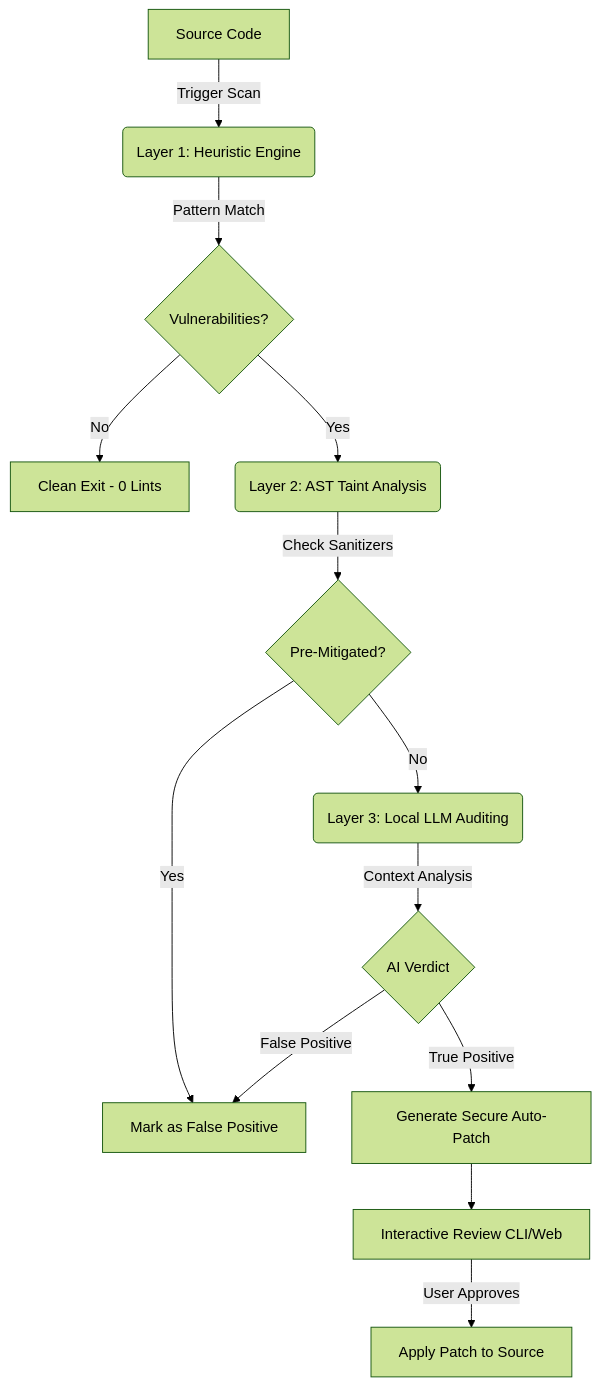
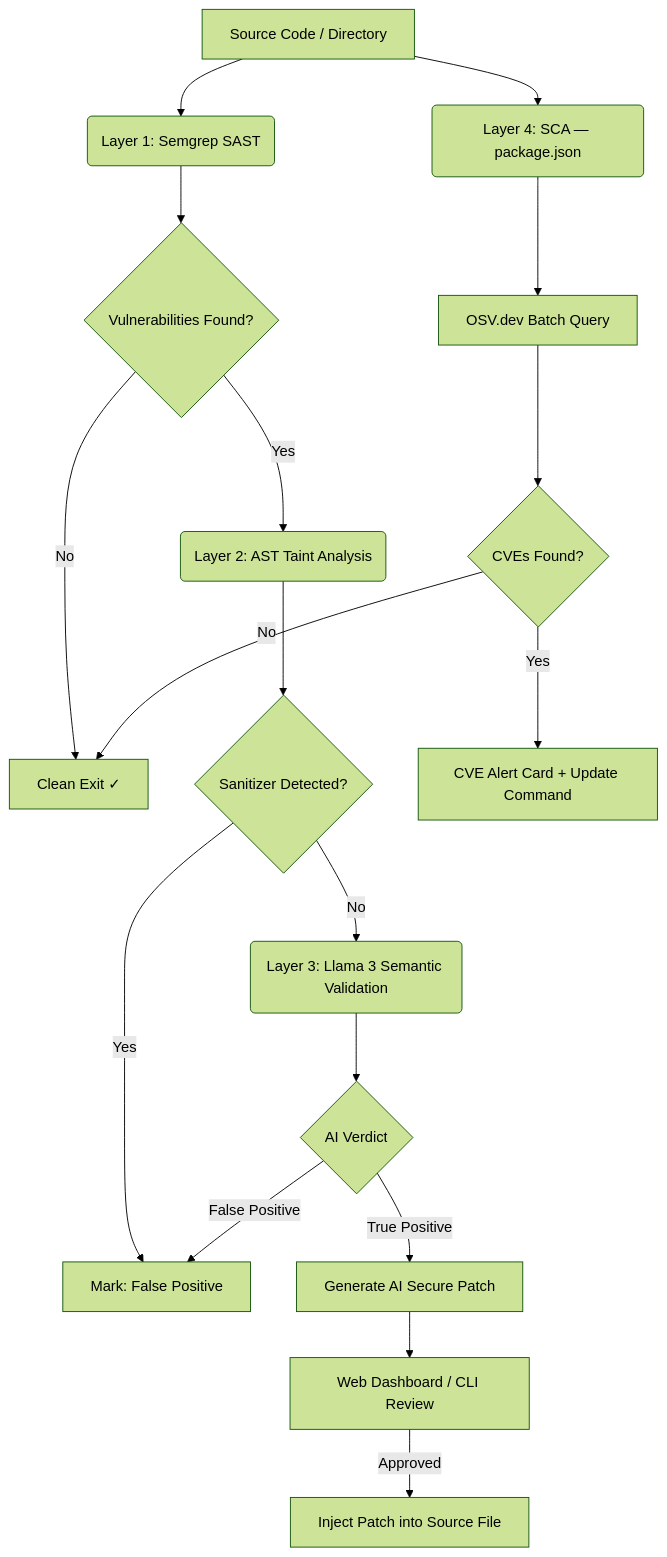
Before and after one commit to vrsebeatriz/CypherGuard-IA: the diagram in README.md, drawn with Mermaid (forest theme). The commit also changed other lines of this file, not shown here.

Commit message:
Docs: Full README rewrite with SCA layer, CVE detection, architecture diagram, and project structure

````diff
--- a/README.md
+++ b/README.md
@@ -17,15 +24,21 @@
 ```mermaid
 graph TD
-    A[Source Code] -->|Trigger Scan| B(Layer 1: Heuristic Engine)
-    B -->|Pattern Match| C{Vulnerabilities?}
-    C -->|No| D[Clean Exit - 0 Lints]
-    C -->|Yes| E(Layer 2: AST Taint Analysis)
-    E -->|Check Sanitizers| F{Pre-Mitigated?}
-    F -->|Yes| G[Mark as False Positive]
-    F -->|No| H(Layer 3: Local LLM Auditing)
-    H -->|Context Analysis| I{AI Verdict}
-    I -->|True Positive| J[Generate Secure Auto-Patch]
-    I -->|False Positive| G
-    J --> K[Interactive Review CLI/Web]
-    K -->|User Approves| L[Apply Patch to Source]
+    A[Source Code / Directory] --> B(Layer 1: Semgrep SAST)
+    B --> C{Vulnerabilities Found?}
+    C --> |No| D[Clean Exit ✓]
+    C --> |Yes| E(Layer 2: AST Taint Analysis)
+    E --> F{Sanitizer Detected?}
+    F --> |Yes| G[Mark: False Positive]
+    F --> |No| H(Layer 3: Llama 3 Semantic Validation)
+    H --> I{AI Verdict}
+    I --> |False Positive| G
+    I --> |True Positive| J[Generate AI Secure Patch]
+    J --> K[Web Dashboard / CLI Review]
+    K --> |Approved| L[Inject Patch into Source File]
+
+    A --> M(Layer 4: SCA — package.json)
+    M --> N[OSV.dev Batch Query]
+    N --> O{CVEs Found?}
+    O --> |Yes| P[CVE Alert Card + Update Command]
+    O --> |No| D
 ```
````
